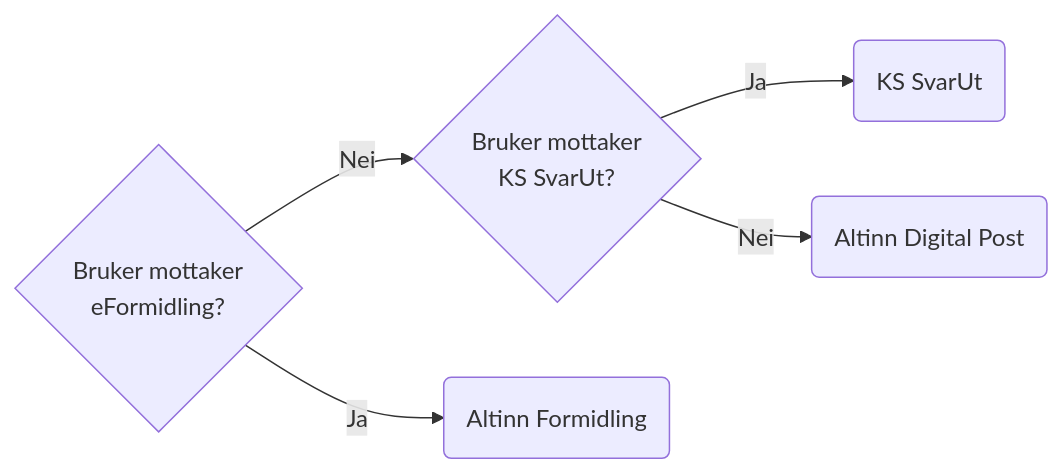
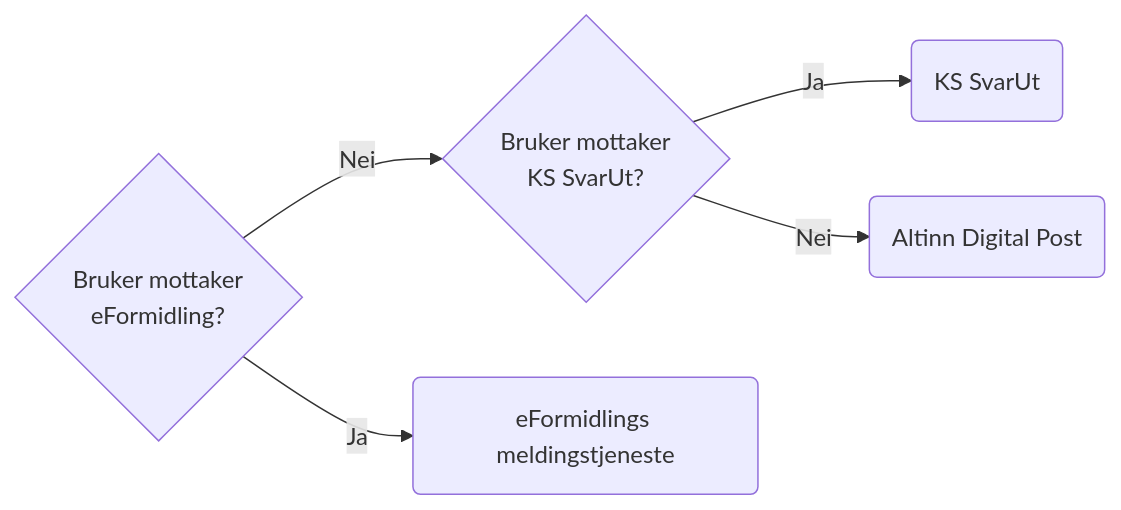
The first of 3 diagrams in _docs/eFormidling/Funksjonalitet/eformidling_funksjonalitet_saksbehandling.md (felleslosninger/docs), drawn with Mermaid before and after one commit. The commit also changed other lines of this file and 74 other files, not shown here.

```diff
--- a/_docs/eFormidling/Funksjonalitet/eformidling_funksjonalitet_saksbehandling.md
+++ b/_docs/eFormidling/Funksjonalitet/eformidling_funksjonalitet_saksbehandling.md
@@ -74,12 +96,12 @@
 <div class="mermaid">
 graph LR
 A{Bruker mottaker<br>eFormidling?}
 B{Bruker mottaker<br>KS SvarUt?}
-U(Altinn Formidling)
+U(eFormidlings meldingstjeneste)
 V(KS SvarUt)
 W(Altinn Digital Post)
 A -->|Ja| U
 A -->|Nei| B
 B -->|Ja| V
 B -->|Nei| W
 </div>
```
